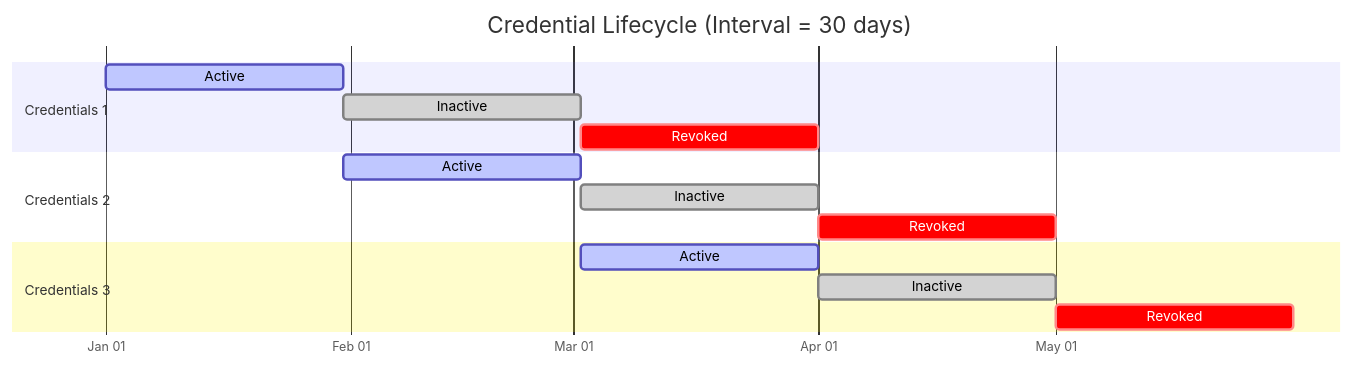
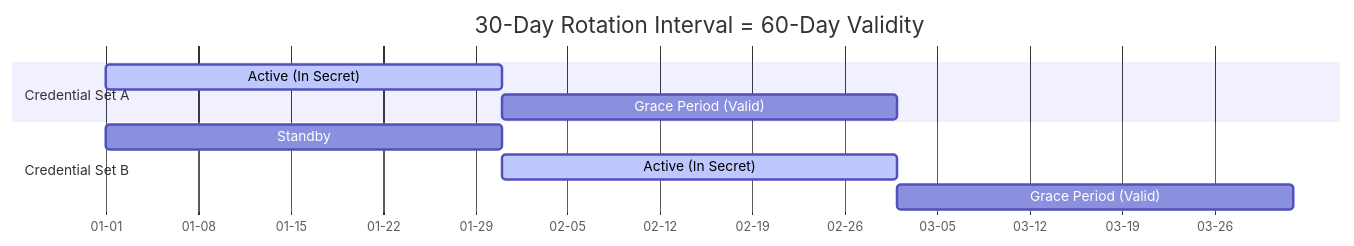
Before and after one commit to Infisical/infisical: the diagram in docs/documentation/platform/secret-rotation/overview.mdx, drawn with Mermaid. The commit also changed other lines of this file and 2 other files, not shown here.

````diff
--- a/docs/documentation/platform/secret-rotation/overview.mdx
+++ b/docs/documentation/platform/secret-rotation/overview.mdx
@@ -22,21 +44,16 @@
 ```mermaid
-gantt
-    title Credential Lifecycle (Interval = 30 days)
+  gantt
     dateFormat  YYYY-MM-DD
-    axisFormat %b %d
+    axisFormat  %m-%d
+    title       30-Day Rotation Interval = 60-Day Validity
 
-    section Credentials 1
-    Active      :active, a1, 2023-01-01, 30d
-    Inactive    :done, i1, after a1, 30d
-    Revoked     :crit, r1, after i1, 30d
+    section Credential Set A
+    Active (In Secret)       :active,    des1, 2023-01-01, 30d
+    Grace Period (Valid)     :           des2, after des1, 30d
 
-    section Credentials 2
-    Active      :active, a2, 2023-01-31, 30d
-    Inactive    :done, i2, after a2, 30d
-    Revoked     :crit, r2, after i2, 30d
+    section Credential Set B
+    Standby                  :           des3, 2023-01-01, 30d
+    Active (In Secret)       :active,    des4, after des3, 30d
+    Grace Period (Valid)     :           des5, after des4, 30d
 
-    section Credentials 3
-    Active      :active, a3, 2023-03-02, 30d
-    Inactive    :done, i3, after a3, 30d
-    Revoked     :crit, r3, after i3, 30d
 ```
````
